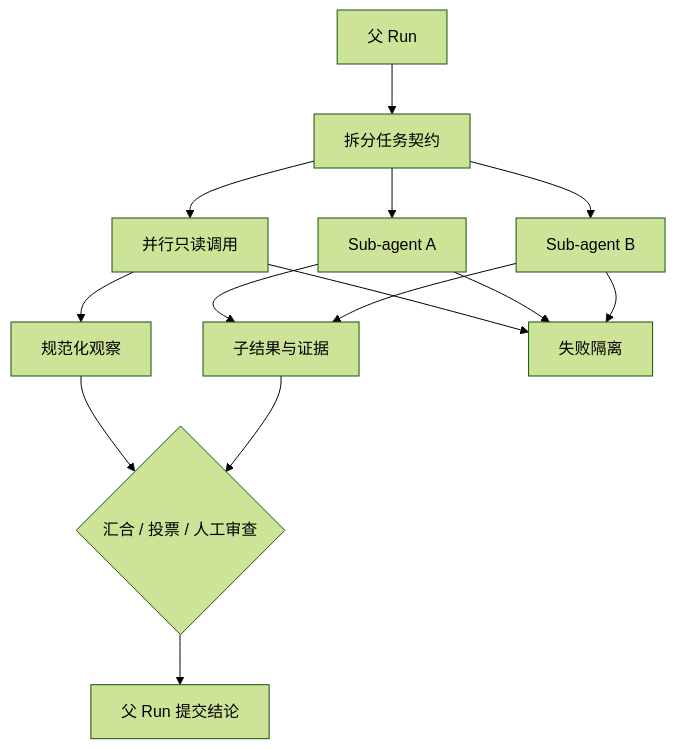
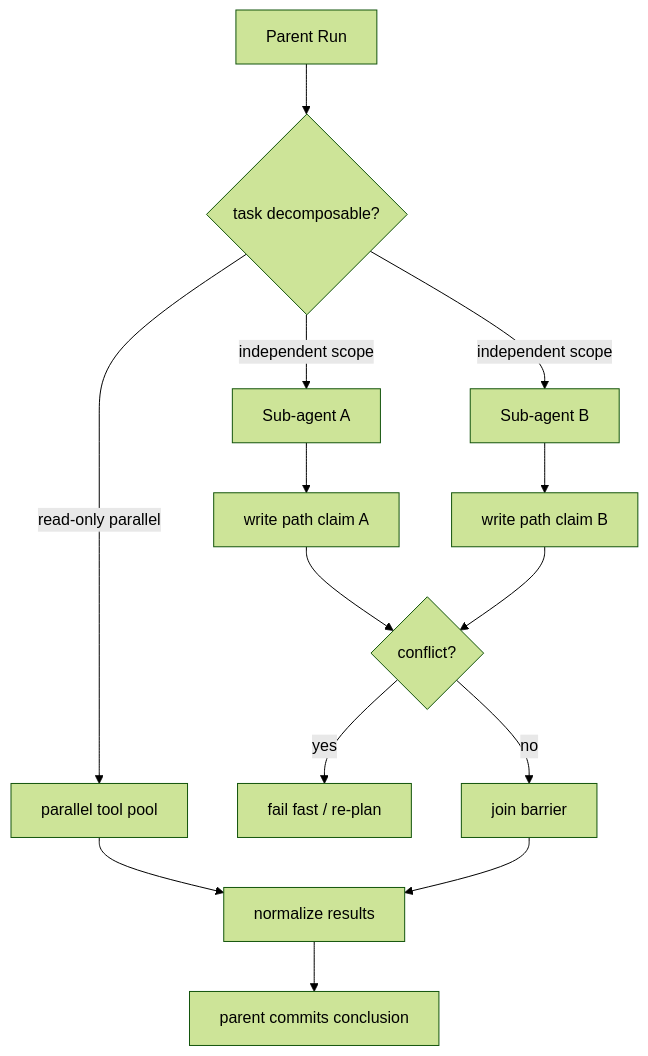
Before and after one commit to xiaoslin9153/awesome-agent-harness-tutorial: the first of 2 diagrams in tutorial/zh-CN/02-harness-mechanics/subagent-concurrency.md, drawn with Mermaid (forest theme). The commit also changed other lines of this file and 3 other files, not shown here.

````diff
--- a/tutorial/zh-CN/02-harness-mechanics/subagent-concurrency.md
+++ b/tutorial/zh-CN/02-harness-mechanics/subagent-concurrency.md
@@ -34,16 +59,16 @@
 ```mermaid
 flowchart TD
-  P[父 Run] --> A[拆分任务契约]
-  A --> C1[并行只读调用]
-  A --> S1[Sub-agent A]
-  A --> S2[Sub-agent B]
-  C1 --> R[规范化观察]
-  S1 --> R2[子结果与证据]
-  S2 --> R2
-  R --> J{汇合 / 投票 / 人工审查}
-  R2 --> J
-  J --> K[父 Run 提交结论]
-  C1 --> X[失败隔离]
-  S1 --> X
-  S2 --> X
+  P[Parent Run] --> J{task decomposable?}
+  J -- read-only parallel --> T[parallel tool pool]
+  J -- independent scope --> S1[Sub-agent A]
+  J -- independent scope --> S2[Sub-agent B]
+  S1 --> W1[write path claim A]
+  S2 --> W2[write path claim B]
+  W1 --> C{conflict?}
+  W2 --> C
+  C -- yes --> F[fail fast / re-plan]
+  C -- no --> Q[join barrier]
+  T --> R[normalize results]
+  Q --> R
+  R --> K[parent commits conclusion]
 ```
````
